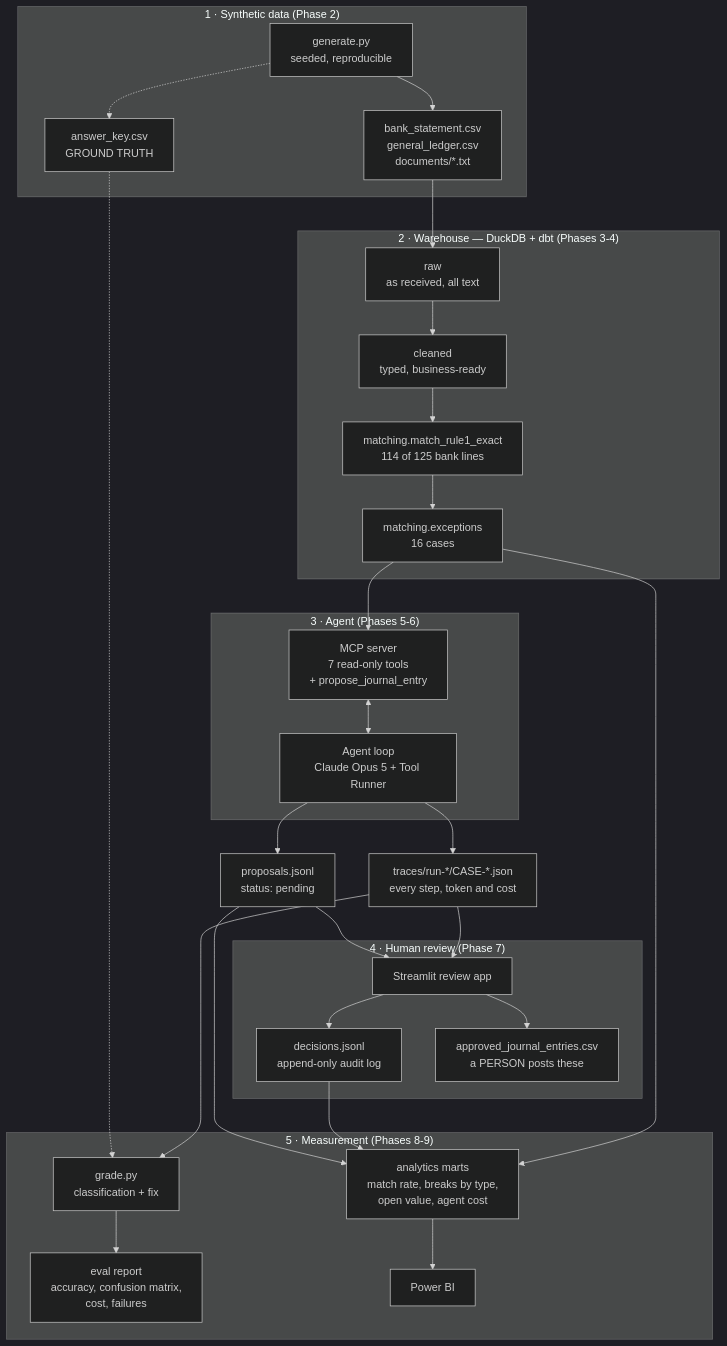
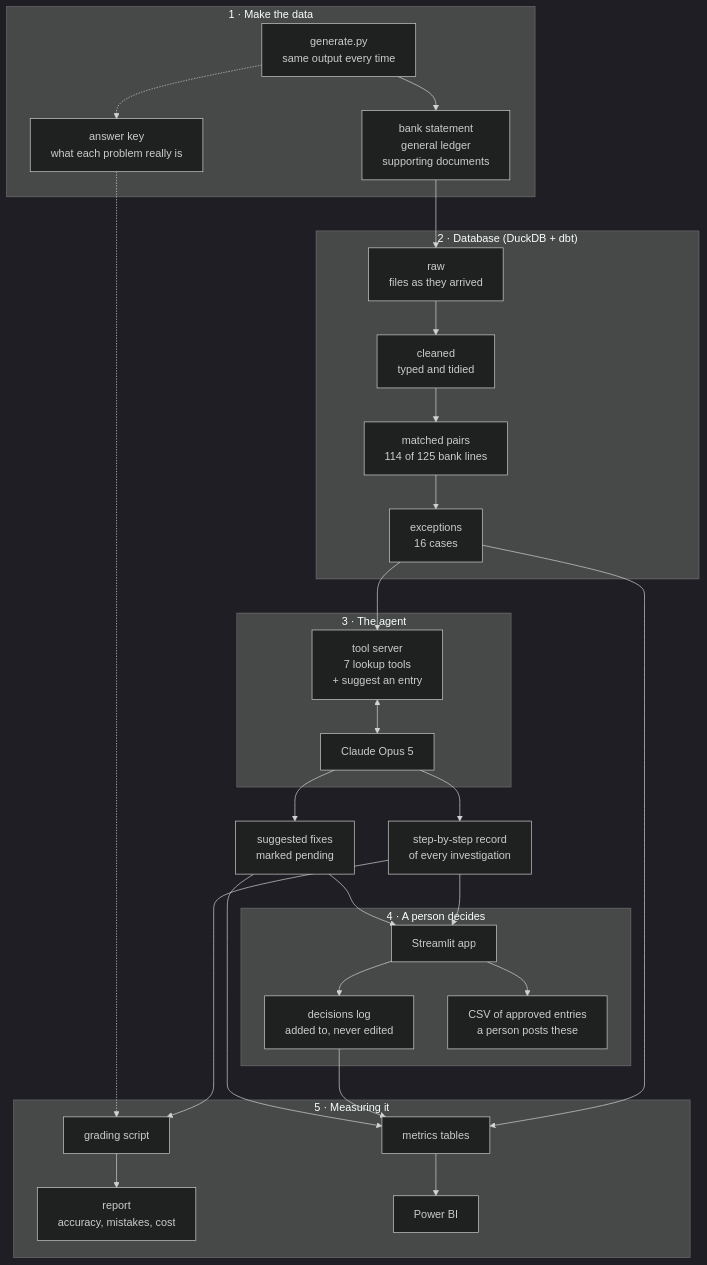
The diagram in docs/architecture.md (rivaasoni/recon-agent), drawn with Mermaid (dark theme) before and after one commit. The commit also changed other lines of this file and 3 other files, not shown here.

````diff
--- a/docs/architecture.md
+++ b/docs/architecture.md
@@ -7,53 +7,53 @@
 ```mermaid
 flowchart TD
-    subgraph gen["1 · Synthetic data (Phase 2)"]
-        GEN["generate.py<br/>seeded, reproducible"]
-        FILES["bank_statement.csv<br/>general_ledger.csv<br/>documents/*.txt"]
-        KEY["answer_key.csv<br/>GROUND TRUTH"]
+    subgraph gen["1 · Make the data"]
+        GEN["generate.py<br/>same output every time"]
+        FILES["bank statement<br/>general ledger<br/>supporting documents"]
+        KEY["answer key<br/>what each problem really is"]
         GEN --> FILES
         GEN -.-> KEY
     end
 
-    subgraph warehouse["2 · Warehouse — DuckDB + dbt (Phases 3-4)"]
-        RAW["raw<br/>as received, all text"]
-        CLEAN["cleaned<br/>typed, business-ready"]
-        MATCH["matching.match_rule1_exact<br/>114 of 125 bank lines"]
-        EXC["matching.exceptions<br/>16 cases"]
+    subgraph warehouse["2 · Database (DuckDB + dbt)"]
+        RAW["raw<br/>files as they arrived"]
+        CLEAN["cleaned<br/>typed and tidied"]
+        MATCH["matched pairs<br/>114 of 125 bank lines"]
+        EXC["exceptions<br/>16 cases"]
         RAW --> CLEAN --> MATCH --> EXC
     end
 
-    subgraph agentwork["3 · Agent (Phases 5-6)"]
-        MCP["MCP server<br/>7 read-only tools<br/>+ propose_journal_entry"]
-        AGENT["Agent loop<br/>Claude Opus 5 + Tool Runner"]
+    subgraph agentwork["3 · The agent"]
+        MCP["tool server<br/>7 lookup tools<br/>+ suggest an entry"]
+        AGENT["Claude Opus 5"]
         MCP <--> AGENT
     end
 
-    subgraph human["4 · Human review (Phase 7)"]
-        UI["Streamlit review app"]
-        DEC["decisions.jsonl<br/>append-only audit log"]
-        POST["approved_journal_entries.csv<br/>a PERSON posts these"]
+    subgraph human["4 · A person decides"]
+        UI["Streamlit app"]
+        DEC["decisions log<br/>added to, never edited"]
+        POST["CSV of approved entries<br/>a person posts these"]
         UI --> DEC
         UI --> POST
     end
 
-    subgraph measure["5 · Measurement (Phases 8-9)"]
-        GRADE["grade.py<br/>classification + fix"]
-        REPORT["eval report<br/>accuracy, confusion matrix,<br/>cost, failures"]
-        MARTS["analytics marts<br/>match rate, breaks by type,<br/>open value, agent cost"]
+    subgraph measure["5 · Measuring it"]
+        GRADE["grading script"]
+        REPORT["report<br/>accuracy, mistakes, cost"]
+        MARTS["metrics tables"]
         BI["Power BI"]
         GRADE --> REPORT
         MARTS --> BI
     end
 
     FILES --> RAW
     EXC --> MCP
-    AGENT --> PROP["proposals.jsonl<br/>status: pending"]
-    AGENT --> TRACE["traces/run-*/CASE-*.json<br/>every step, token and cost"]
+    AGENT --> PROP["suggested fixes<br/>marked pending"]
+    AGENT --> TRACE["step-by-step record<br/>of every investigation"]
     PROP --> UI
     TRACE --> UI
     KEY -.-> GRADE
     TRACE --> GRADE
     PROP --> MARTS
     DEC --> MARTS
     EXC --> MARTS
 ```
````
